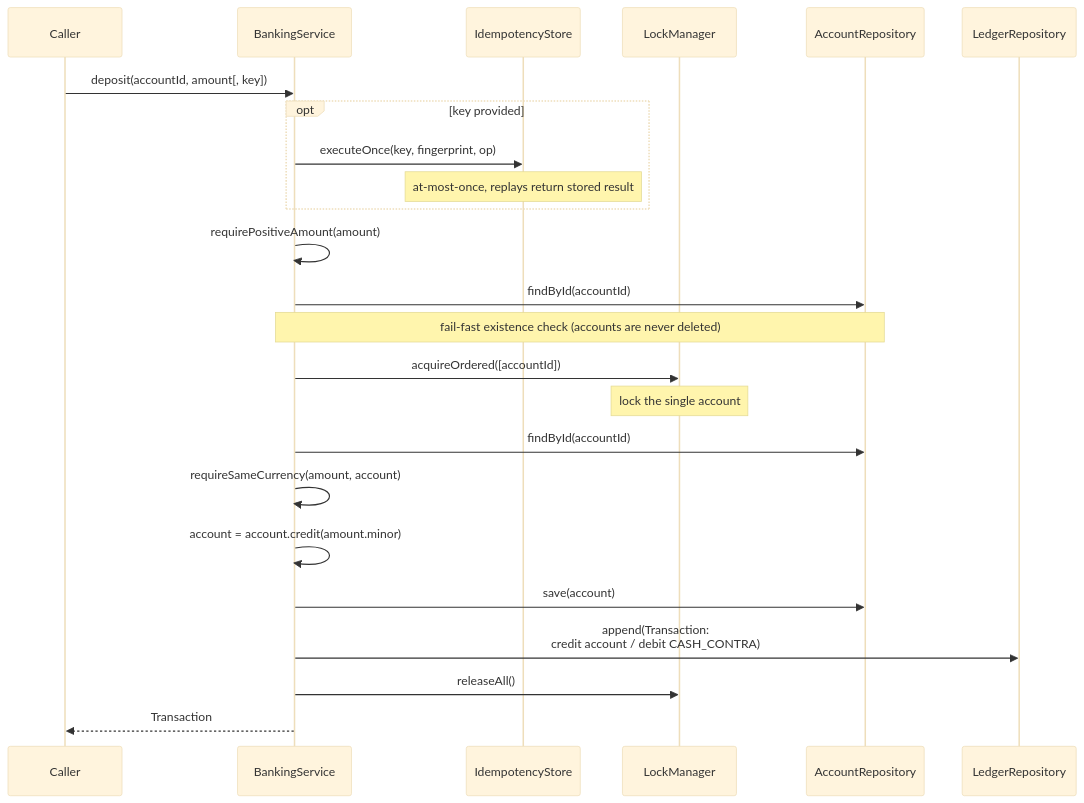
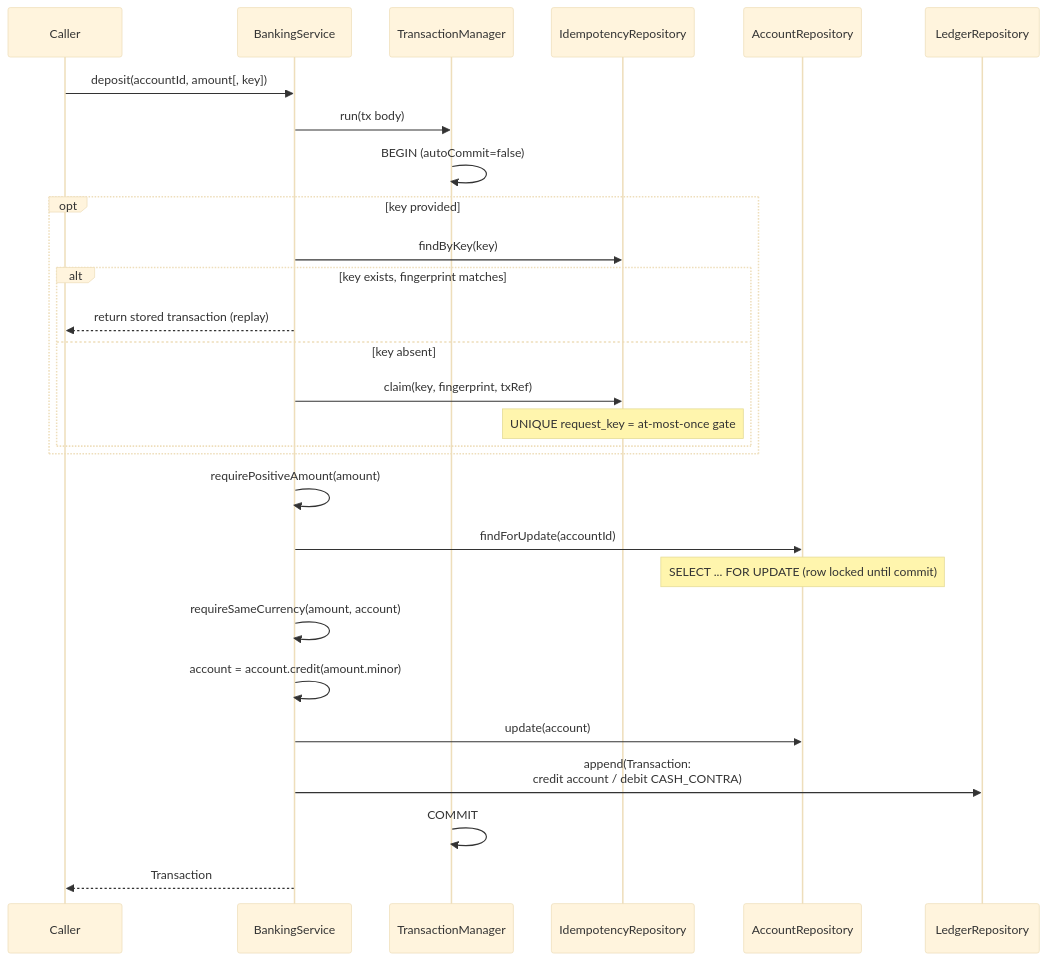
The first of 7 diagrams in doc/operation-flows.md (ngaikkeung/firstcircle-banking), drawn with Mermaid (base theme) before and after one commit. The commit also changed other lines of this file and 33 other files, not shown here.

````diff
--- a/doc/operation-flows.md
+++ b/doc/operation-flows.md
@@ -9,27 +10,31 @@
 ```mermaid
 sequenceDiagram
     participant C as Caller
     participant S as BankingService
-    participant I as IdempotencyStore
-    participant L as LockManager
+    participant TM as TransactionManager
+    participant IR as IdempotencyRepository
     participant R as AccountRepository
     participant G as LedgerRepository
 
     C->>S: deposit(accountId, amount[, key])
+    S->>TM: run(tx body)
+    TM->>TM: BEGIN (autoCommit=false)
     opt key provided
-        S->>I: executeOnce(key, fingerprint, op)
-        Note over I: at-most-once, replays return stored result
+        S->>IR: findByKey(key)
+        alt key exists, fingerprint matches
+            S-->>C: return stored transaction (replay)
+        else key absent
+            S->>IR: claim(key, fingerprint, txRef)
+            Note over IR: UNIQUE request_key = at-most-once gate
+        end
     end
     S->>S: requirePositiveAmount(amount)
-    S->>R: findById(accountId)
-    Note over S,R: fail-fast existence check (accounts are never deleted)
-    S->>L: acquireOrdered([accountId])
-    Note over L: lock the single account
-    S->>R: findById(accountId)
+    S->>R: findForUpdate(accountId)
+    Note over R: SELECT ... FOR UPDATE (row locked until commit)
     S->>S: requireSameCurrency(amount, account)
     S->>S: account = account.credit(amount.minor)
-    S->>R: save(account)
+    S->>R: update(account)
     S->>G: append(Transaction:<br/>credit account / debit CASH_CONTRA)
-    S->>L: releaseAll()
+    TM->>TM: COMMIT
     S-->>C: Transaction
 ```
````
